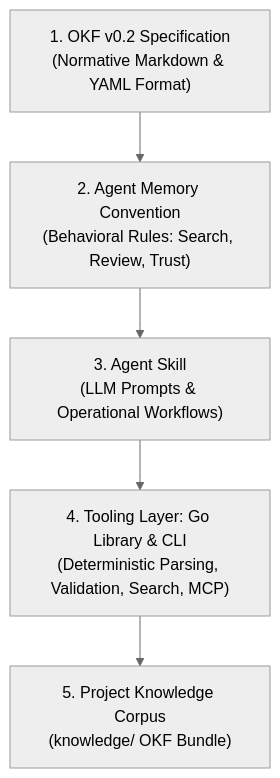
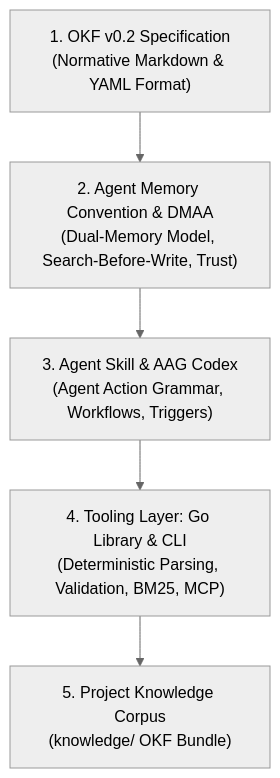
Before and after one commit to agent-memory-atlas-archive/okf-memory--okf-agent-memory: the second of 2 diagrams in README.md, drawn with Mermaid (neutral theme). The commit also changed other lines of this file, not shown here.

Commit message:
docs(readme): highlight dual-memory agent architecture and agent action grammar

````diff
--- a/README.md
+++ b/README.md
@@ -21,13 +59,13 @@
 ```mermaid
 flowchart TD
     L1["1. OKF v0.2 Specification<br/>(Normative Markdown & YAML Format)"]
-    L2["2. Agent Memory Convention<br/>(Behavioral Rules: Search, Review, Trust)"]
-    L3["3. Agent Skill<br/>(LLM Prompts & Operational Workflows)"]
-    L4["4. Tooling Layer: Go Library & CLI<br/>(Deterministic Parsing, Validation, Search, MCP)"]
+    L2["2. Agent Memory Convention & DMAA<br/>(Dual-Memory Model, Search-Before-Write, Trust)"]
+    L3["3. Agent Skill & AAG Codex<br/>(Agent Action Grammar, Workflows, Triggers)"]
+    L4["4. Tooling Layer: Go Library & CLI<br/>(Deterministic Parsing, Validation, BM25, MCP)"]
     L5["5. Project Knowledge Corpus<br/>(knowledge/ OKF Bundle)"]
 
     L1 --> L2
     L2 --> L3
     L3 --> L4
     L4 --> L5
 ```
````
